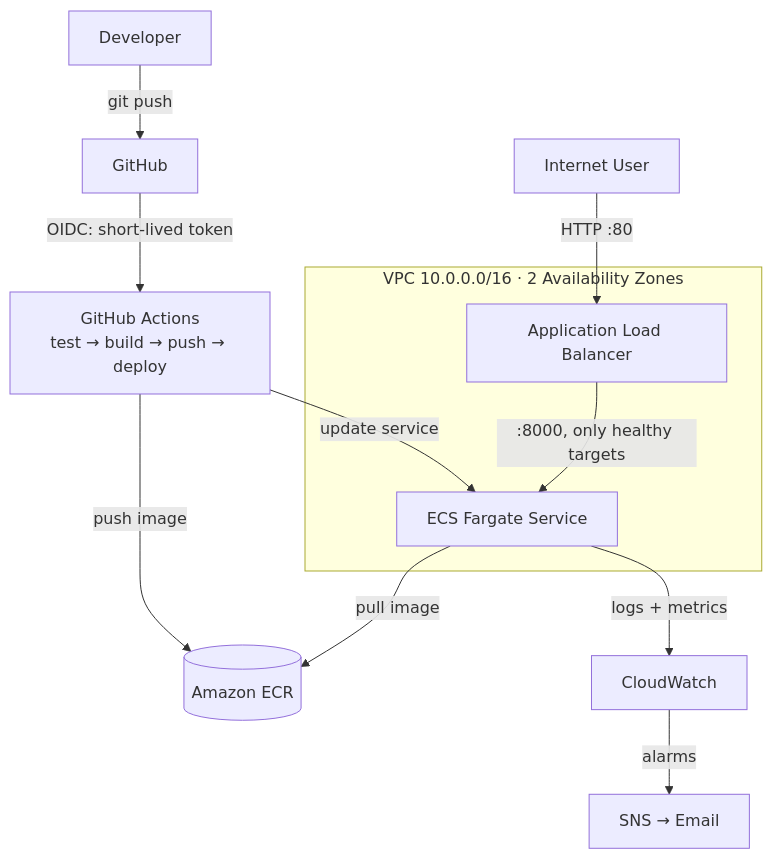
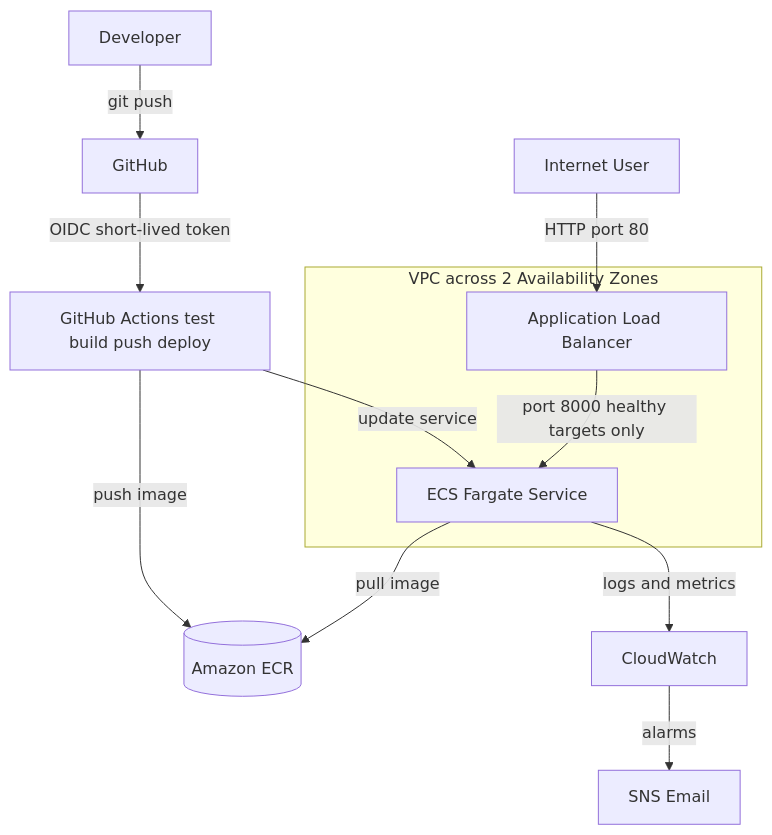
One commit to MateuszWolanskiGIT/cloud-api changed the diagram in README.md. Above: the diagram before and after it, drawn with Mermaid.

Commit message:
Fix: simplify Mermaid diagram for GitHub rendering

````diff
--- a/README.md
+++ b/README.md
@@ -11,18 +11,18 @@
 ```mermaid
 flowchart TD
     Dev[Developer] -->|git push| GH[GitHub]
-    GH -->|OIDC: short-lived token| GHA[GitHub Actions<br/>test → build → push → deploy]
+    GH -->|OIDC short-lived token| GHA[GitHub Actions test build push deploy]
     GHA -->|push image| ECR[(Amazon ECR)]
-    GHA -->|update service| ECS
+    GHA -->|update service| ECS[ECS Fargate Service]
 
-    User[Internet User] -->|HTTP :80| ALB[Application Load Balancer]
-    ALB -->|:8000, only healthy targets| ECS[ECS Fargate Service]
+    User[Internet User] -->|HTTP port 80| ALB[Application Load Balancer]
+    ALB -->|port 8000 healthy targets only| ECS
     ECS -->|pull image| ECR
-    ECS -->|logs + metrics| CW[CloudWatch]
-    CW -->|alarms| SNS[SNS → Email]
+    ECS -->|logs and metrics| CW[CloudWatch]
+    CW -->|alarms| SNS[SNS Email]
 
-    subgraph VPC[VPC 10.0.0.0/16 · 2 Availability Zones]
+    subgraph VPC[VPC across 2 Availability Zones]
         ALB
         ECS
     end
 ```
````
